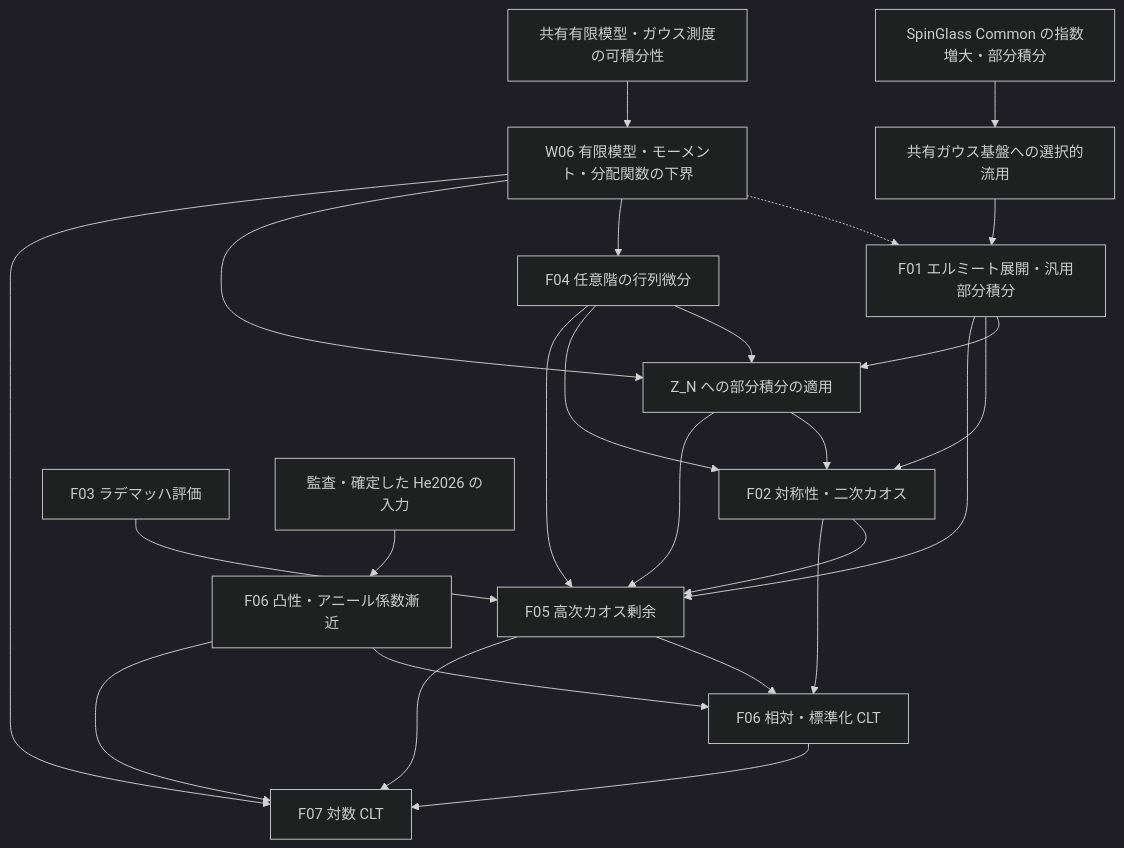
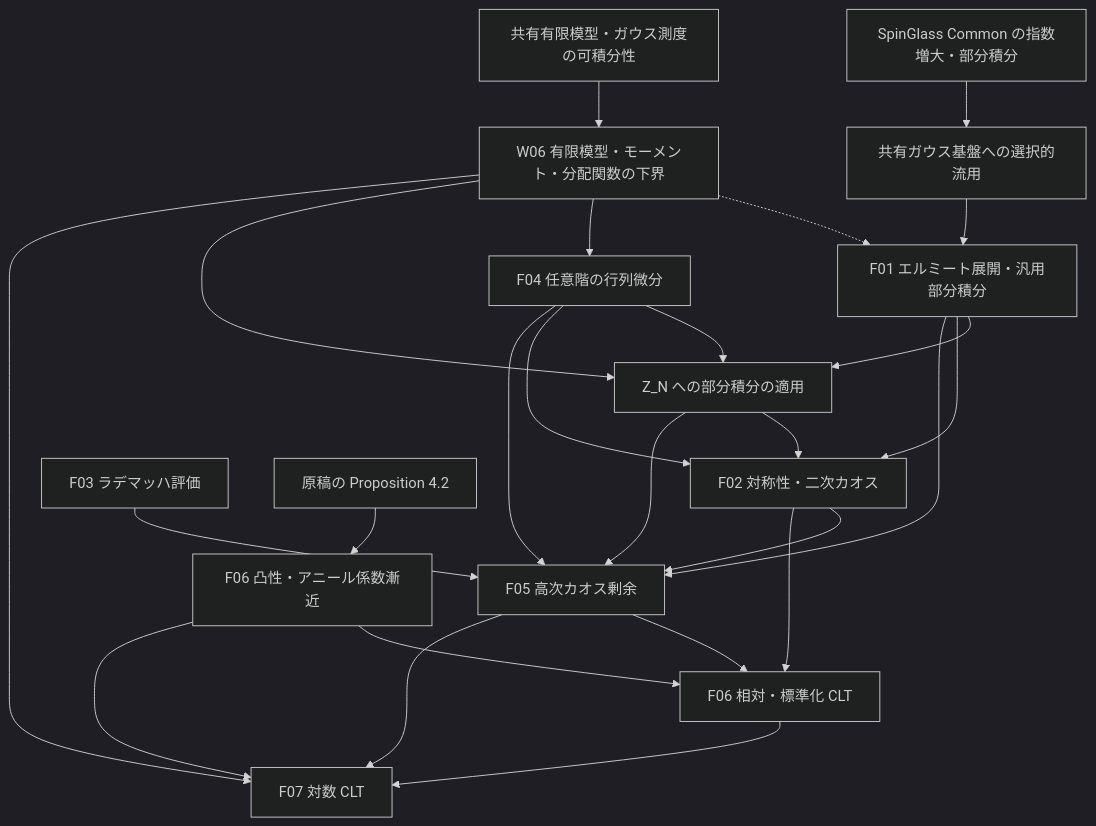
Before and after one commit to TokyoProbabilityGroup/SYK_CLT: the diagram in CLT/ARCHITECTURE.md, drawn with Mermaid (dark theme). The commit also changed other lines of this file and 17 other files, not shown here.

````diff
--- a/CLT/ARCHITECTURE.md
+++ b/CLT/ARCHITECTURE.md
@@ -129,27 +129,27 @@
 ```mermaid
 flowchart TD
     shared["共有有限模型・ガウス測度の可積分性"] --> W06["W06 有限模型・モーメント・分配関数の下界"]
     spin["SpinGlass Common の指数増大・部分積分"] --> gaussian["共有ガウス基盤への選択的流用"]
     gaussian --> F01["F01 エルミート展開・汎用部分積分"]
     W06 -.-> F01
     W06 --> F04["F04 任意階の行列微分"]
     F01 --> zIBP["Z_N への部分積分の適用"]
     W06 --> zIBP
     F04 --> zIBP
     zIBP --> F02["F02 対称性・二次カオス"]
     F01 --> F02
     F04 --> F02
     F01 --> F05["F05 高次カオス剰余"]
     F02 --> F05
     F04 --> F05
     zIBP --> F05
     F03["F03 ラデマッハ評価"] --> F05
-    external["監査・確定した He2026 の入力"] --> annealed["F06 凸性・アニール係数漸近"]
+    external["原稿の Proposition 4.2"] --> annealed["F06 凸性・アニール係数漸近"]
     F02 --> clt["F06 相対・標準化 CLT"]
     F05 --> clt
     annealed --> clt
     clt --> logclt["F07 対数 CLT"]
     F05 --> logclt
     W06 --> logclt
     annealed --> logclt
 ```
````
